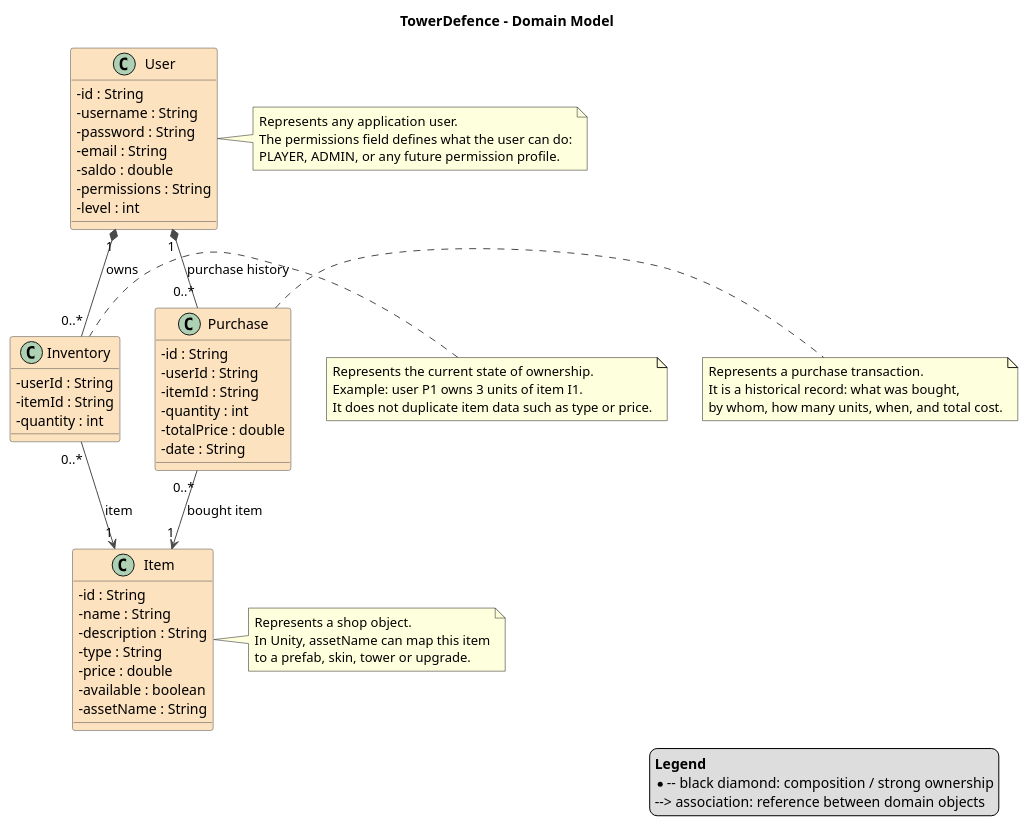
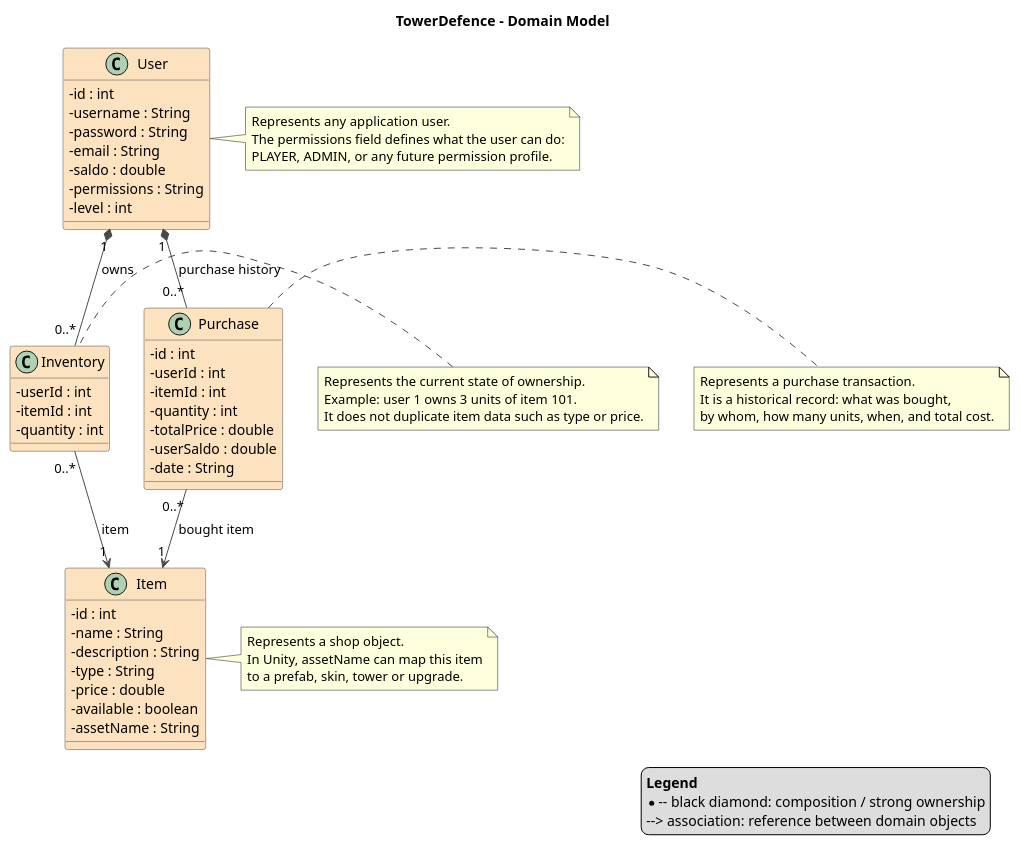
The diagram in docs/domain-uml.puml (paugilgomez-boop/Backend), drawn with PlantUML before and after one commit. The commit also changed 18 other files, not shown here.

```diff
--- a/docs/domain-uml.puml
+++ b/docs/domain-uml.puml
@@ -1,101 +1,102 @@
 @startuml TowerDefenceDomain
 ' Diagrama UML de dominio para TowerDefence.
 ' No se incluyen Managers, Services ni Requests porque pertenecen a la capa de implementacion/API.
 ' Este diagrama representa solo las entidades principales del juego y sus relaciones.
 
 skinparam classAttributeIconSize 0
 skinparam shadowing false
 skinparam class {
     BackgroundColor #FCE2BF
     BorderColor #4A4A4A
     ArrowColor #4A4A4A
 }
 
 title TowerDefence - Domain Model
 
 class User {
-    - id : String
+    - id : int
     - username : String
     - password : String
     - email : String
     - saldo : double
     - permissions : String
     - level : int
 }
 
 note right of User
   Represents any application user.
   The permissions field defines what the user can do:
   PLAYER, ADMIN, or any future permission profile.
 end note
 
 class Item {
-    - id : String
+    - id : int
     - name : String
     - description : String
     - type : String
     - price : double
     - available : boolean
     - assetName : String
 }
 
 note right of Item
   Represents a shop object.
   In Unity, assetName can map this item
   to a prefab, skin, tower or upgrade.
 end note
 
 class Inventory {
-    - userId : String
-    - itemId : String
+    - userId : int
+    - itemId : int
     - quantity : int
 }
 
 note left of Inventory
   Represents the current state of ownership.
-  Example: user P1 owns 3 units of item I1.
+  Example: user 1 owns 3 units of item 101.
   It does not duplicate item data such as type or price.
 end note
 
 class Purchase {
-    - id : String
-    - userId : String
-    - itemId : String
+    - id : int
+    - userId : int
+    - itemId : int
     - quantity : int
     - totalPrice : double
+    - userSaldo : double
     - date : String
 }
 
 note right of Purchase
   Represents a purchase transaction.
   It is a historical record: what was bought,
   by whom, how many units, when, and total cost.
 end note
 
 ' COMPOSITION:
 ' Inventory entries belong to a User.
 ' If the user disappears from the system, these inventory entries stop making sense.
 User "1" *-- "0..*" Inventory : owns
 
 ' ASSOCIATION:
 ' Inventory references Item, but Item is not part of Inventory.
 ' The item catalog can exist even if no user owns that item.
 Inventory "0..*" --> "1" Item : item
 
 ' COMPOSITION:
 ' Purchases are part of a user's history.
 ' They store what the user bought and when.
 User "1" *-- "0..*" Purchase : purchase history
 
 ' ASSOCIATION:
 ' Purchase references Item to know what was bought.
 ' Item still belongs to the shop catalog, not to the purchase itself.
 Purchase "0..*" --> "1" Item : bought item
 
 legend right
   <b>Legend</b>
   *-- black diamond: composition / strong ownership
   --> association: reference between domain objects
 endlegend
 
 @enduml
```
